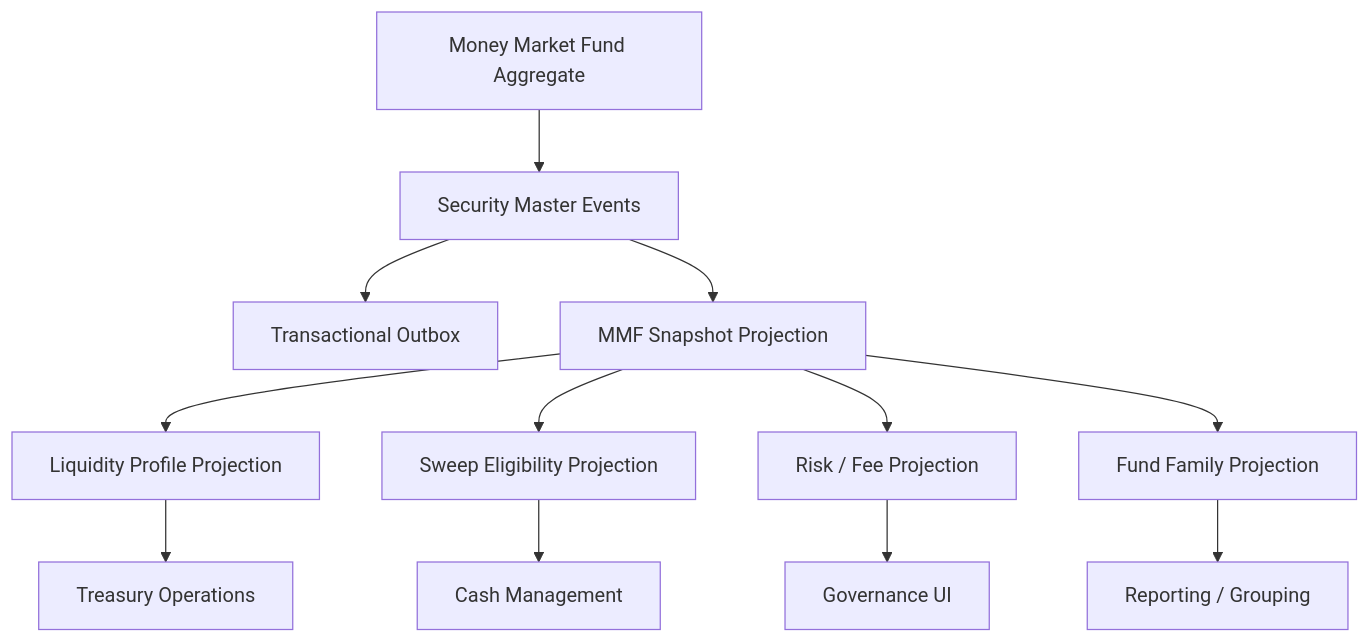
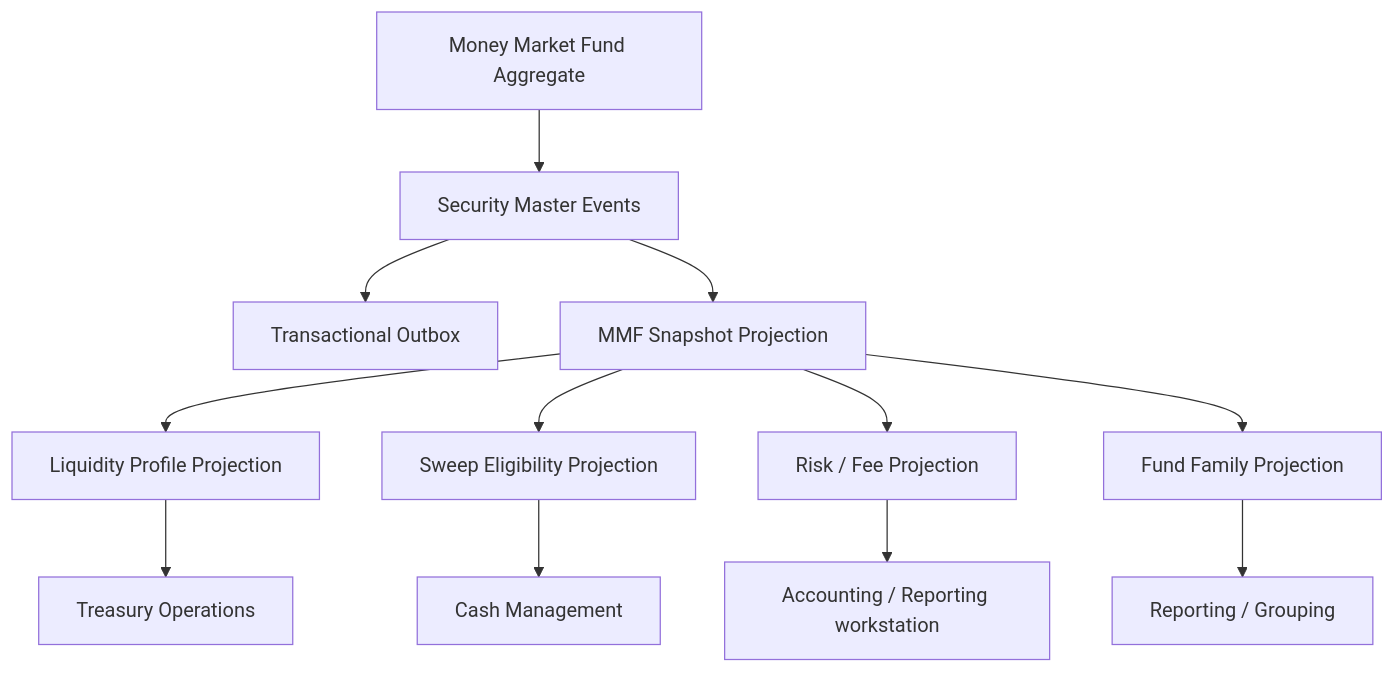
The diagram in docs/plans/ufl-money-market-fund-target-state-v2.md (rodoHasArrived/Meridian-main), drawn with Mermaid before and after one commit. The commit also changed other lines of this file and 51 other files, not shown here.

````diff
--- a/docs/plans/ufl-money-market-fund-target-state-v2.md
+++ b/docs/plans/ufl-money-market-fund-target-state-v2.md
@@ -59,16 +59,16 @@
 ```mermaid
 flowchart TD
     MMF["Money Market Fund Aggregate"] --> MMFEvents["Security Master Events"]
     MMFEvents --> Outbox["Transactional Outbox"]
     MMFEvents --> Snapshot["MMF Snapshot Projection"]
 
     Snapshot --> Liquidity["Liquidity Profile Projection"]
     Snapshot --> Sweep["Sweep Eligibility Projection"]
     Snapshot --> Risk["Risk / Fee Projection"]
     Snapshot --> Family["Fund Family Projection"]
 
     Liquidity --> Treasury["Treasury Operations"]
     Sweep --> CashMgmt["Cash Management"]
-    Risk --> Governance["Governance UI"]
+    Risk --> Governance["Accounting / Reporting workstation"]
     Family --> Reporting["Reporting / Grouping"]
 ```
````
